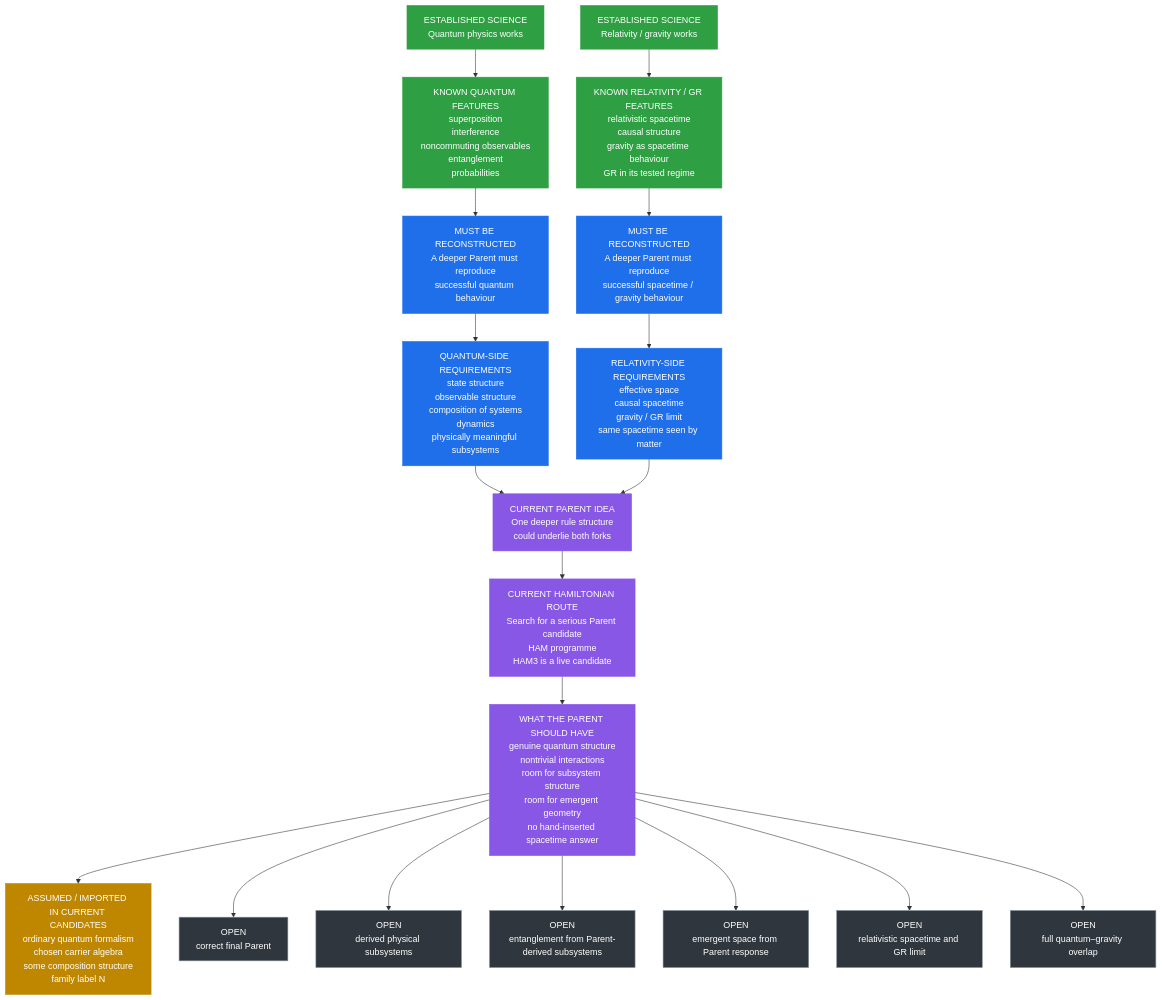
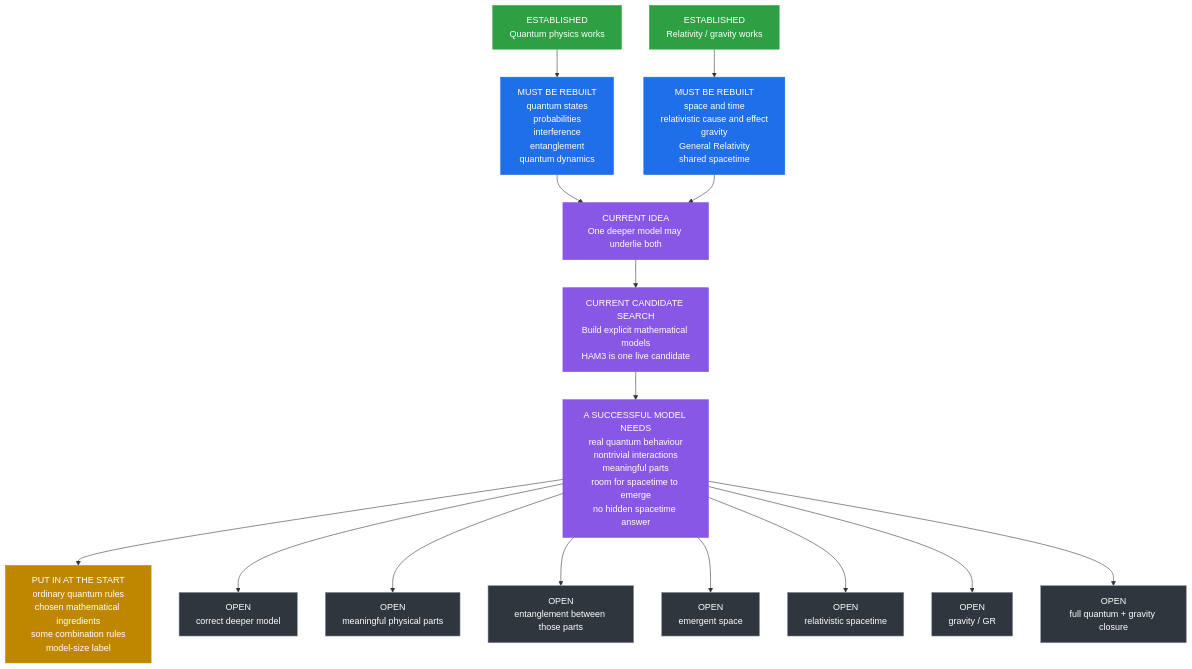
Before and after one commit to cameron467/The-Unbreakable-Law: the second of 4 diagrams in Simplified_Framework/WHY_THIS_IS_NOT_A_THEORY_OF_EVERYTHING_YET.md, drawn with Mermaid. The commit also changed other lines of this file, not shown here.

````diff
--- a/Simplified_Framework/WHY_THIS_IS_NOT_A_THEORY_OF_EVERYTHING_YET.md
+++ b/Simplified_Framework/WHY_THIS_IS_NOT_A_THEORY_OF_EVERYTHING_YET.md
@@ -45,69 +45,57 @@
 ```mermaid
 flowchart TB
 
-    Q0["ESTABLISHED SCIENCE<br/>Quantum physics works"]
+    Q0["ESTABLISHED<br/>Quantum physics works"]
+    R0["ESTABLISHED<br/>Relativity / gravity works"]
 
-    Q1["KNOWN QUANTUM FEATURES<br/>superposition<br/>interference<br/>noncommuting observables<br/>entanglement<br/>probabilities"]
+    Q1["MUST BE REBUILT<br/>quantum states<br/>probabilities<br/>interference<br/>entanglement<br/>quantum dynamics"]
 
-    Q2["MUST BE RECONSTRUCTED<br/>A deeper Parent must reproduce<br/>successful quantum behaviour"]
+    R1["MUST BE REBUILT<br/>space and time<br/>relativistic cause and effect<br/>gravity<br/>General Relativity<br/>shared spacetime"]
 
-    Q3["QUANTUM-SIDE REQUIREMENTS<br/>state structure<br/>observable structure<br/>composition of systems<br/>dynamics<br/>physically meaningful subsystems"]
+    P0["CURRENT IDEA<br/>One deeper model may underlie both"]
 
-    R0["ESTABLISHED SCIENCE<br/>Relativity / gravity works"]
+    P1["CURRENT CANDIDATE SEARCH<br/>Build explicit mathematical models<br/>HAM3 is one live candidate"]
 
-    R1["KNOWN RELATIVITY / GR FEATURES<br/>relativistic spacetime<br/>causal structure<br/>gravity as spacetime behaviour<br/>GR in its tested regime"]
+    P2["A SUCCESSFUL MODEL NEEDS<br/>real quantum behaviour<br/>nontrivial interactions<br/>meaningful parts<br/>room for spacetime to emerge<br/>no hidden spacetime answer"]
 
-    R2["MUST BE RECONSTRUCTED<br/>A deeper Parent must reproduce<br/>successful spacetime / gravity behaviour"]
+    A1["PUT IN AT THE START<br/>ordinary quantum rules<br/>chosen mathematical ingredients<br/>some combination rules<br/>model-size label"]
 
-    R3["RELATIVITY-SIDE REQUIREMENTS<br/>effective space<br/>causal spacetime<br/>gravity / GR limit<br/>same spacetime seen by matter"]
-
-    P0["CURRENT PARENT IDEA<br/>One deeper rule structure<br/>could underlie both forks"]
-
-    P1["CURRENT HAMILTONIAN ROUTE<br/>Search for a serious Parent candidate<br/>HAM programme<br/>HAM3 is a live candidate"]
-
-    P2["WHAT THE PARENT SHOULD HAVE<br/>genuine quantum structure<br/>nontrivial interactions<br/>room for subsystem structure<br/>room for emergent geometry<br/>no hand-inserted spacetime answer"]
-
-    A1["ASSUMED / IMPORTED IN CURRENT CANDIDATES<br/>ordinary quantum formalism<br/>chosen carrier algebra<br/>some composition structure<br/>family label N"]
-
-    O1["OPEN<br/>correct final Parent"]
-    O2["OPEN<br/>derived physical subsystems"]
-    O3["OPEN<br/>entanglement from Parent-derived subsystems"]
-    O4["OPEN<br/>emergent space from Parent response"]
-    O5["OPEN<br/>relativistic spacetime and GR limit"]
-    O6["OPEN<br/>full quantum–gravity overlap"]
+    O1["OPEN<br/>correct deeper model"]
+    O2["OPEN<br/>meaningful physical parts"]
+    O3["OPEN<br/>entanglement between those parts"]
+    O4["OPEN<br/>emergent space"]
+    O5["OPEN<br/>relativistic spacetime"]
+    O6["OPEN<br/>gravity / GR"]
+    O7["OPEN<br/>full quantum + gravity closure"]
 
     Q0 --> Q1
-    Q1 --> Q2
-    Q2 --> Q3
+    R0 --> R1
 
-    R0 --> R1
-    R1 --> R2
-    R2 --> R3
-
-    Q3 --> P0
-    R3 --> P0
+    Q1 --> P0
+    R1 --> P0
 
     P0 --> P1
     P1 --> P2
 
     P2 --> A1
 
     P2 --> O1
     P2 --> O2
     P2 --> O3
     P2 --> O4
     P2 --> O5
     P2 --> O6
+    P2 --> O7
 
     classDef known fill:#2ea043,stroke:#2ea043,color:#ffffff;
     classDef required fill:#1f6feb,stroke:#1f6feb,color:#ffffff;
     classDef candidate fill:#8957e5,stroke:#8957e5,color:#ffffff;
     classDef assumed fill:#bf8700,stroke:#bf8700,color:#ffffff;
     classDef open fill:#30363d,stroke:#8b949e,color:#ffffff;
 
-    class Q0,Q1,R0,R1 known;
-    class Q2,Q3,R2,R3 required;
+    class Q0,R0 known;
+    class Q1,R1 required;
     class P0,P1,P2 candidate;
     class A1 assumed;
-    class O1,O2,O3,O4,O5,O6 open;
+    class O1,O2,O3,O4,O5,O6,O7 open;
 ```
````
